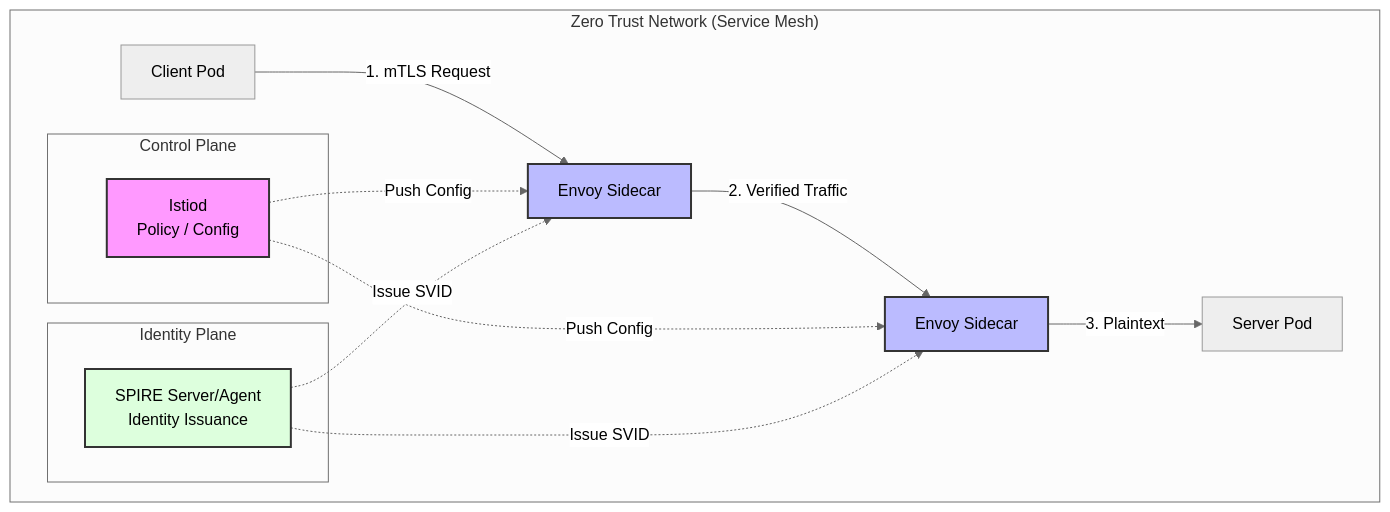
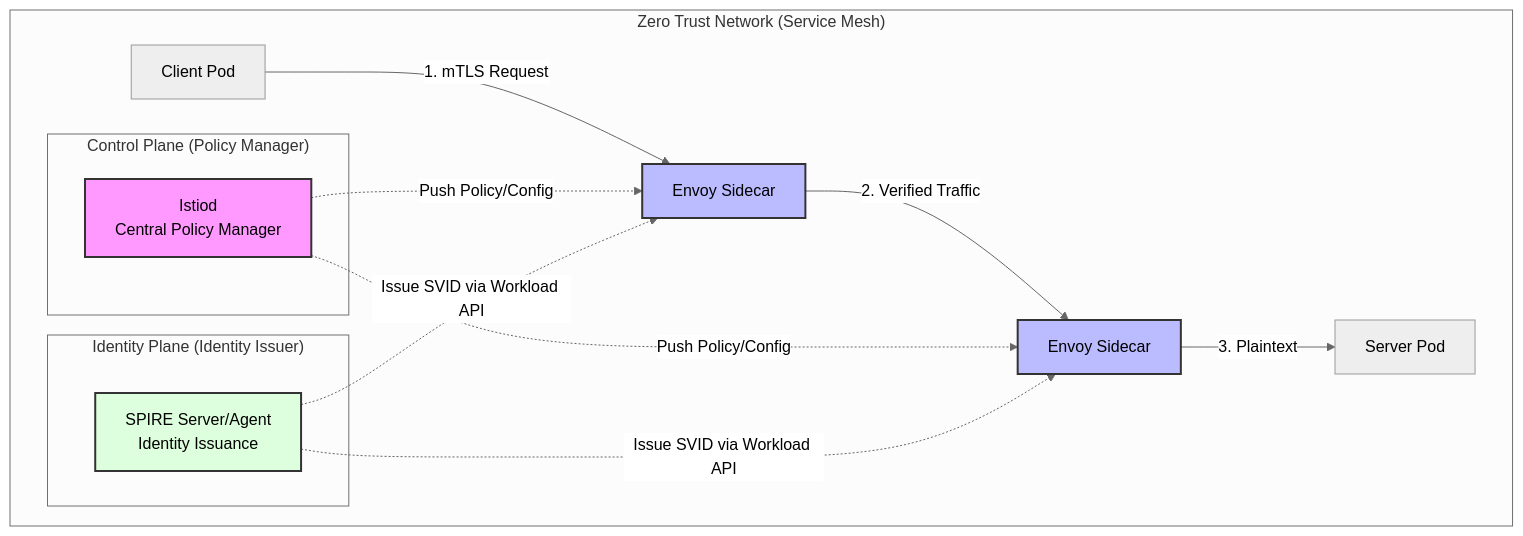
The first of 2 diagrams in infra/zero_trust_en.md (sokoide/workshop), drawn with Mermaid (neutral theme) before and after one commit. The commit also changed other lines of this file and 3 other files, not shown here.

````diff
--- a/infra/zero_trust_en.md
+++ b/infra/zero_trust_en.md
@@ -29,29 +37,29 @@
 ```mermaid
 graph TB
     %% Styles
     classDef control fill:#f9f,stroke:#333,stroke-width:2px;
     classDef data fill:#bbf,stroke:#333,stroke-width:2px;
     classDef identity fill:#dfd,stroke:#333,stroke-width:2px;
 
     subgraph "Zero Trust Network (Service Mesh)"
         direction LR
         Client[Client Pod] --> |1. mTLS Request| EnvoyC[Envoy Sidecar]
         EnvoyC --> |2. Verified Traffic| EnvoyS[Envoy Sidecar]
         EnvoyS --> |3. Plaintext| Server[Server Pod]
 
-        subgraph "Control Plane"
-            Istiod[Istiod<br/>Policy / Config]:::control
+        subgraph "Control Plane (Policy Manager)"
+            Istiod[Istiod<br/>Central Policy Manager]:::control
         end
 
-        subgraph "Identity Plane"
+        subgraph "Identity Plane (Identity Issuer)"
             SPIRE[SPIRE Server/Agent<br/>Identity Issuance]:::identity
         end
 
-        Istiod -.-> |Push Config| EnvoyC
-        Istiod -.-> |Push Config| EnvoyS
-        SPIRE -.-> |Issue SVID| EnvoyC
-        SPIRE -.-> |Issue SVID| EnvoyS
+        Istiod -.-> |Push Policy/Config| EnvoyC
+        Istiod -.-> |Push Policy/Config| EnvoyS
+        SPIRE -.-> |Issue SVID via Workload API| EnvoyC
+        SPIRE -.-> |Issue SVID via Workload API| EnvoyS
     end
 
     class EnvoyC,EnvoyS data;
 ```
````
